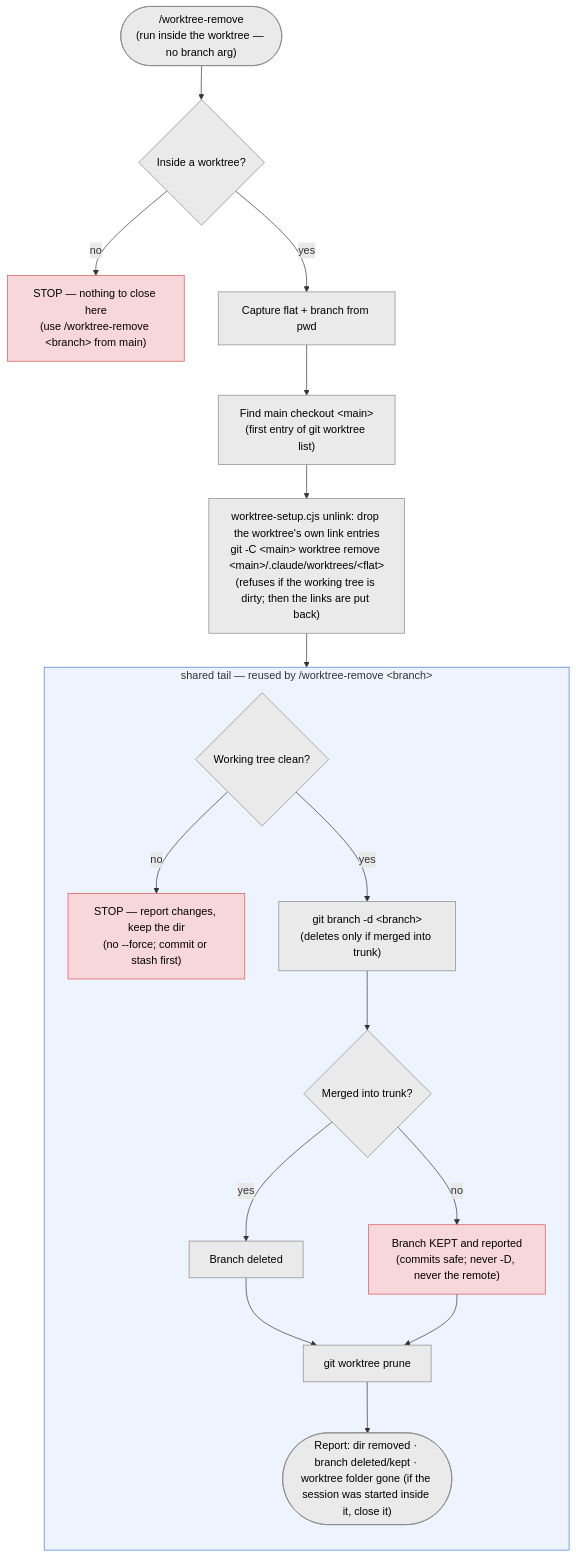
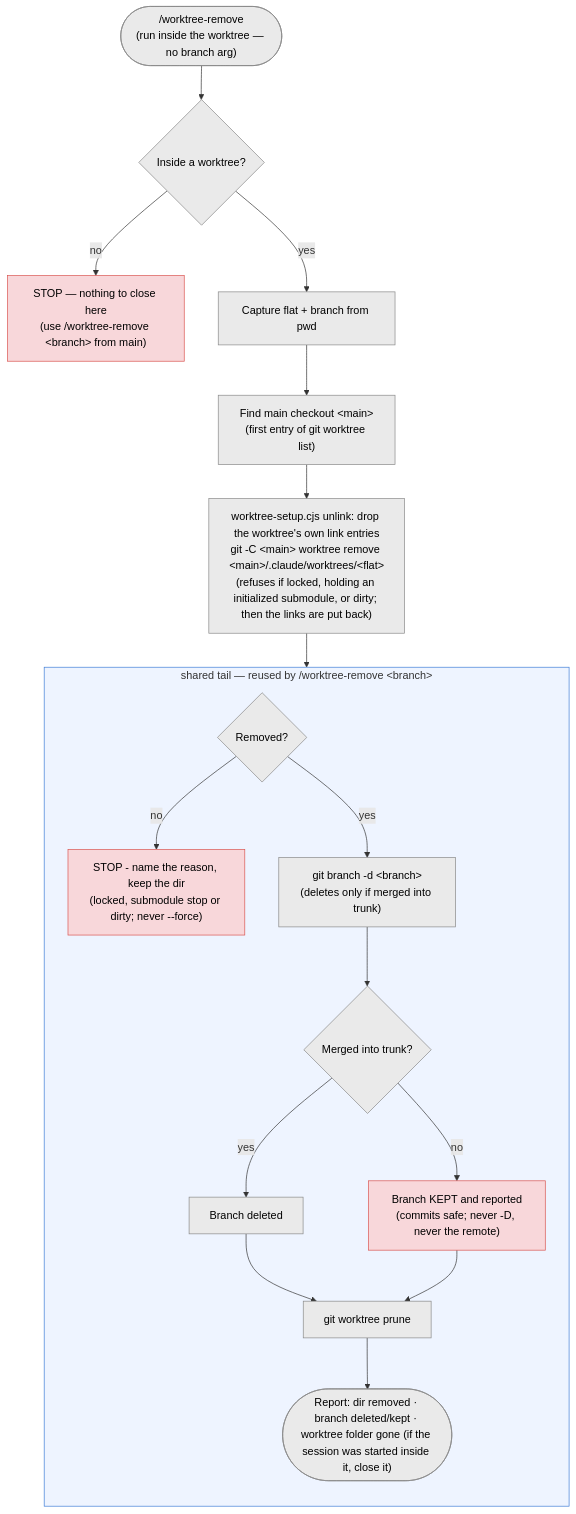
The third of 4 diagrams in worktree-per-issue/template/docs/worktrees.md (pilniczek/worktree-toolbox), drawn with Mermaid before and after one commit. The commit also changed other lines of this file and 4 other files, not shown here.

First line of the commit message:
📝 submodule stop: ADR 0001, docs

````diff
--- a/worktree-per-issue/template/docs/worktrees.md
+++ b/worktree-per-issue/template/docs/worktrees.md
@@ -234,30 +239,30 @@
 ```mermaid
 flowchart TD
   start(["/worktree-remove<br/>(run inside the worktree — no branch arg)"])
   start --> inside{"Inside a worktree?"}
   inside -->|"no"| stopA["STOP — nothing to close here<br/>(use /worktree-remove &lt;branch&gt; from main)"]
   inside -->|"yes"| capture["Capture flat + branch from pwd"]
   capture --> findmain["Find main checkout &lt;main&gt;<br/>(first entry of git worktree list)"]
-  findmain --> removedir["worktree-setup.cjs unlink: drop the worktree's own link entries<br/>git -C &lt;main&gt; worktree remove &lt;main&gt;/.claude/worktrees/&lt;flat&gt;<br/>(refuses if the working tree is dirty; then the links are put back)"]
+  findmain --> removedir["worktree-setup.cjs unlink: drop the worktree's own link entries<br/>git -C &lt;main&gt; worktree remove &lt;main&gt;/.claude/worktrees/&lt;flat&gt;<br/>(refuses if locked, holding an initialized submodule, or dirty; then the links are put back)"]
 
   subgraph shared["shared tail — reused by /worktree-remove &lt;branch&gt;"]
     direction TB
-    clean{"Working tree clean?"}
-    clean -->|"no"| stopdirty["STOP — report changes, keep the dir<br/>(no --force; commit or stash first)"]
+    clean{"Removed?"}
+    clean -->|"no"| stopdirty["STOP - name the reason, keep the dir<br/>(locked, submodule stop or dirty; never --force)"]
     clean -->|"yes"| delbranch["git branch -d &lt;branch&gt;<br/>(deletes only if merged into trunk)"]
     delbranch --> merged{"Merged into trunk?"}
     merged -->|"yes"| gone["Branch deleted"]
     merged -->|"no"| kept["Branch KEPT and reported<br/>(commits safe; never -D, never the remote)"]
     gone --> prune["git worktree prune"]
     kept --> prune
     prune --> report(["Report: dir removed · branch deleted/kept · worktree folder gone (if the session was started inside it, close it)"])
   end
 
   removedir --> clean
 
   classDef step fill:#eaeaea,stroke:#888,color:#000;
   classDef stop fill:#f8d7da,stroke:#d9534f,color:#000;
   class start,inside,capture,findmain,removedir,clean,delbranch,merged,gone,prune,report step;
   class stopA,stopdirty,kept stop;
   style shared fill:#eef4ff,stroke:#3d7bd6;
 ```
````
